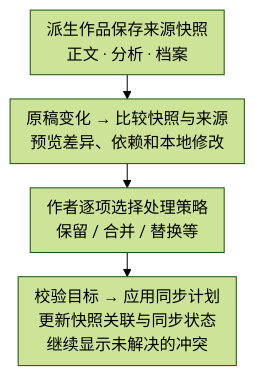
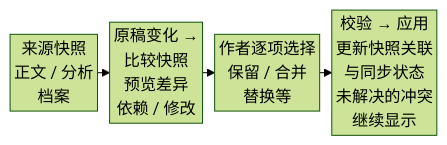
One commit to GTJasonMK/A4N changed diagram 13 of 18 in README.md. Above: the diagram before and after it, drawn with Mermaid (forest theme). The commit also changed other lines of this file and 2 other files, not shown here.

````diff
--- a/README.md
+++ b/README.md
@@ -308,12 +315,12 @@
 ```mermaid
 ---
 config:
-  flowchart: { nodeSpacing: 20, rankSpacing: 24, padding: 8, wrappingWidth: 240 }
+  flowchart: { nodeSpacing: 16, rankSpacing: 12, padding: 2, wrappingWidth: 96 }
 ---
-flowchart TB
+flowchart LR
   accTitle: 原稿更新与派生作品的来源同步
   accDescr: 派生时保留来源快照，原稿变化后预览差异与依赖影响，由作者逐项决定保留、合并、替换或其他受支持策略。应用时校验目标并更新快照关联与同步状态，未解决冲突继续显示，不自动重做所有媒体产物。
-  snapshot["派生作品保存来源快照<br/>正文 · 分析 · 档案"] --> diff["原稿变化 → 比较快照与来源<br/>预览差异、依赖和本地修改"]
-  diff --> choose["作者逐项选择处理策略<br/>保留 / 合并 / 替换等"]
-  choose --> status["校验目标 → 应用同步计划<br/>更新快照关联与同步状态<br/>继续显示未解决的冲突"]
+  snapshot["来源快照<br/>正文 / 分析<br/>档案"] --> diff["原稿变化 →<br/>比较快照<br/>预览差异<br/>依赖 / 修改"]
+  diff --> choose["作者逐项选择<br/>保留 / 合并<br/>替换等"]
+  choose --> status["校验 → 应用<br/>更新快照关联<br/>与同步状态<br/>未解决的冲突<br/>继续显示"]
 ```
````
